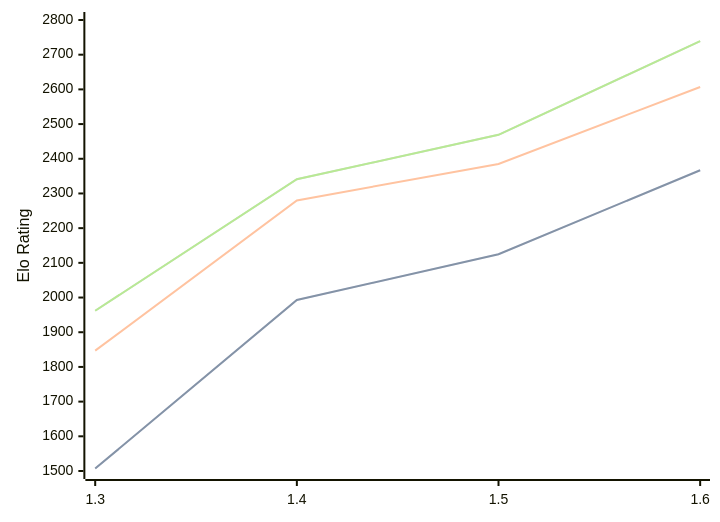
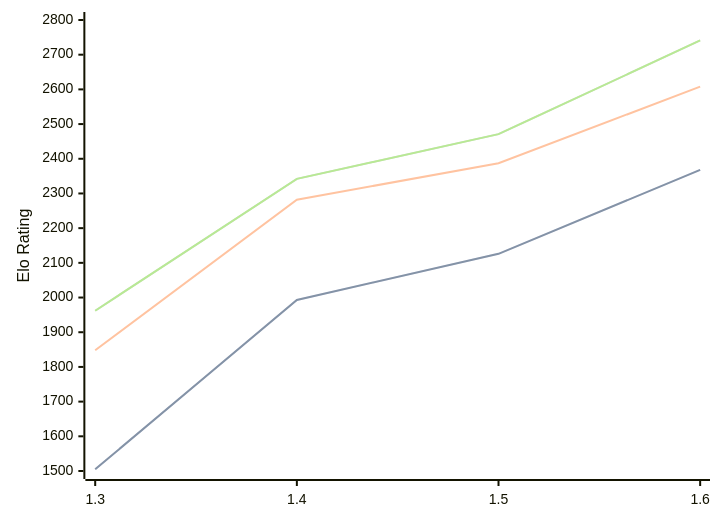
Before and after one commit to computer-chess-index/cci: the first of 3 diagrams in engines/Facon.md, drawn with Mermaid. The commit also changed other lines of this file, not shown here.

Commit message:
Update CCI Ratings (ELO VLTC) - 2026-06-30

````diff
--- a/engines/Facon.md
+++ b/engines/Facon.md
@@ -37,11 +37,11 @@
 ```mermaid
 %%{init: {"theme":"base","themeVariables":{"seriesColors:['#a3a3a3','#222221','#faa371']}}}%%
 xychart-beta
   x-axis ["1.3", "1.4", "1.5", "1.6"]
   y-axis "Elo Rating" 1500 --> 2800
-  line "STC (8.0+0.08s)" [1507, 1993, 2125, 2367]
-  line "STC (8.0+0.08s)" [1507, 1993, 2125, 2367]
-  line "LTC (60.0+0.60s)" [1847, 2280, 2385, 2607]
-  line "VLTC (2m24s+1.12s)" [1962, 2341, 2469, 2739]
-  line "VLTC (2m24s+1.12s)" [1962, 2341, 2469, 2739]
+  line "STC (8.0+0.08s)" [1505, 1993, 2126, 2368]
+  line "STC (8.0+0.08s)" [1505, 1993, 2126, 2368]
+  line "LTC (60.0+0.60s)" [1848, 2282, 2387, 2608]
+  line "VLTC (2m24s+1.12s)" [1962, 2342, 2471, 2741]
+  line "VLTC (2m24s+1.12s)" [1962, 2342, 2471, 2741]
 ```
````
